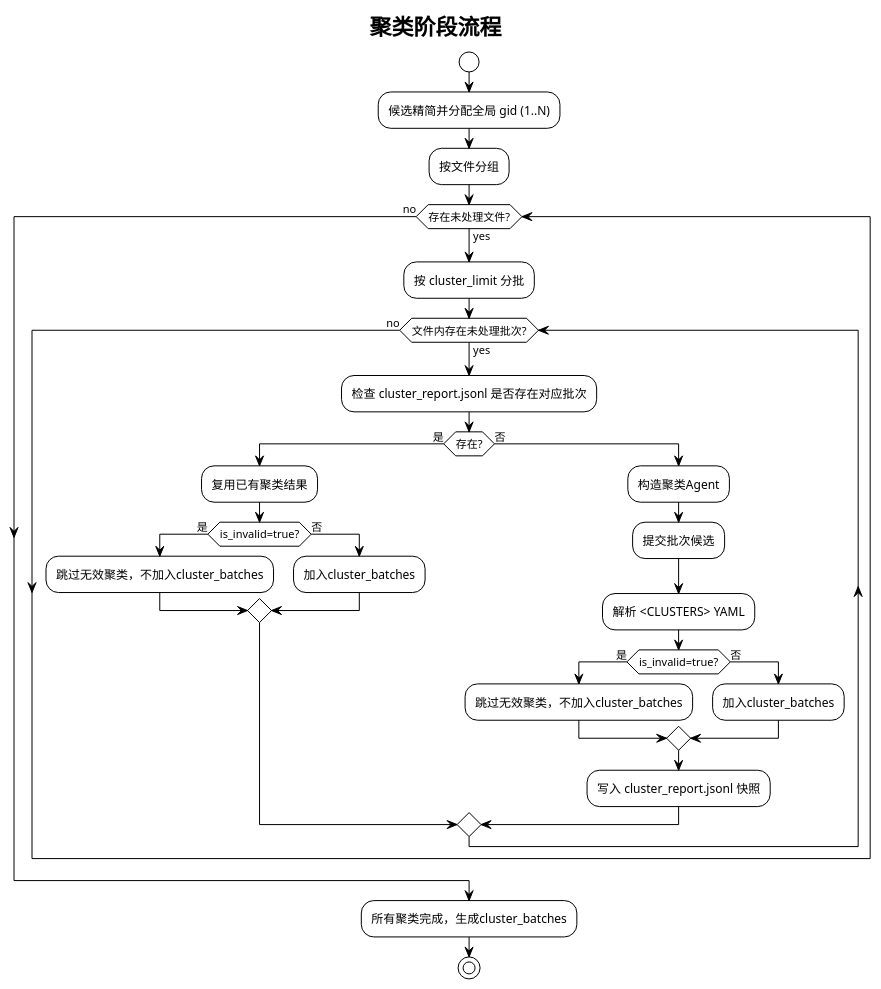
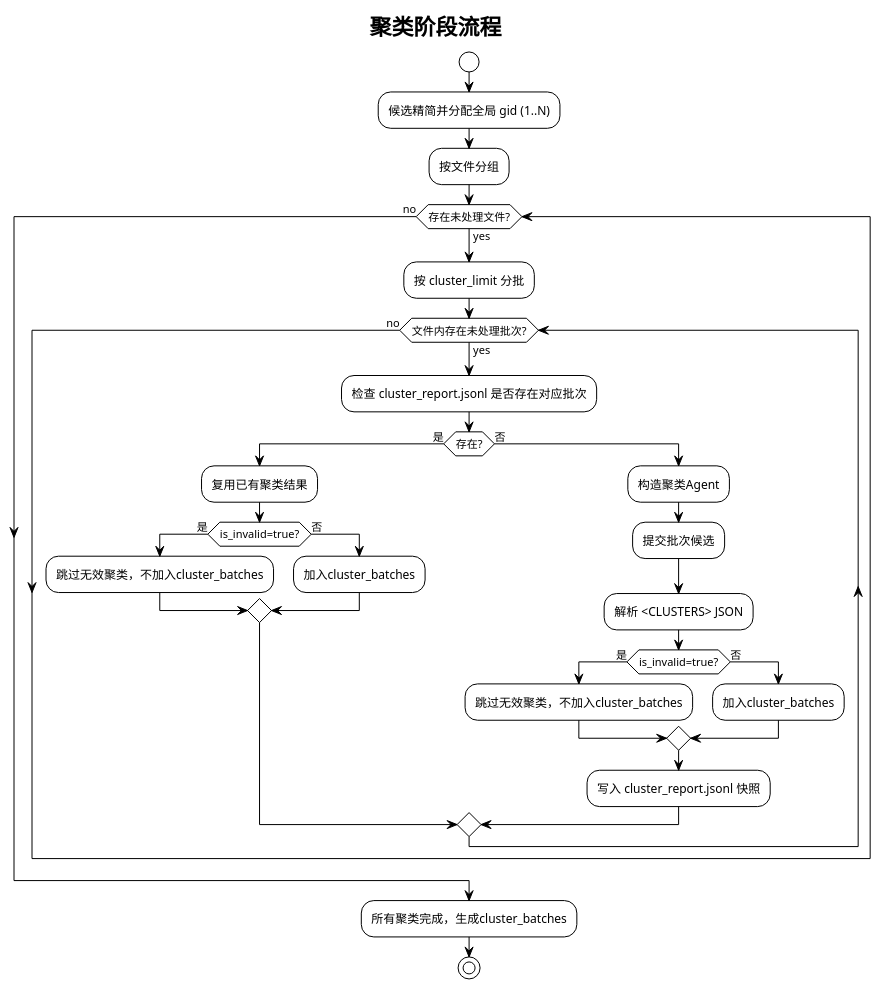
Before and after one commit to skyfireitdiy/Jarvis: diagram 36 of 60 in 技术报告.md, drawn with PlantUML. The commit also changed other lines of this file, not shown here.

````diff
--- a/技术报告.md
+++ b/技术报告.md
@@ -3268,36 +3276,36 @@
 ```plantuml
 @startuml
 !theme plain
 title 聚类阶段流程
 
 start
 :候选精简并分配全局 gid (1..N);
 :按文件分组;
 while (存在未处理文件?) is (yes)
   :按 cluster_limit 分批;
   while (文件内存在未处理批次?) is (yes)
     :检查 cluster_report.jsonl 是否存在对应批次;
     if (存在?) then (是)
       :复用已有聚类结果;
       if (is_invalid=true?) then (是)
         :跳过无效聚类，不加入cluster_batches;
       else (否)
         :加入cluster_batches;
       endif
     else (否)
       :构造聚类Agent;
       :提交批次候选;
-      :解析 <CLUSTERS> YAML;
+      :解析 <CLUSTERS> JSON;
       if (is_invalid=true?) then (是)
         :跳过无效聚类，不加入cluster_batches;
       else (否)
         :加入cluster_batches;
       endif
       :写入 cluster_report.jsonl 快照;
     endif
   endwhile (no)
 endwhile (no)
 :所有聚类完成，生成cluster_batches;
 stop
 @enduml
 ```
````
